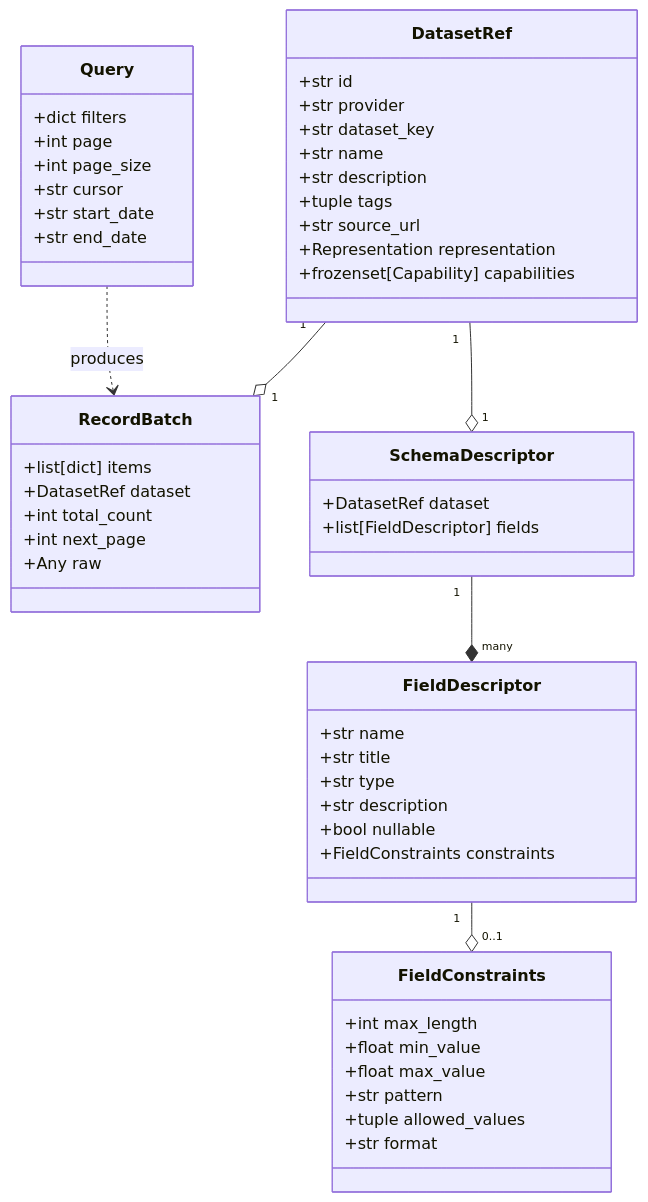
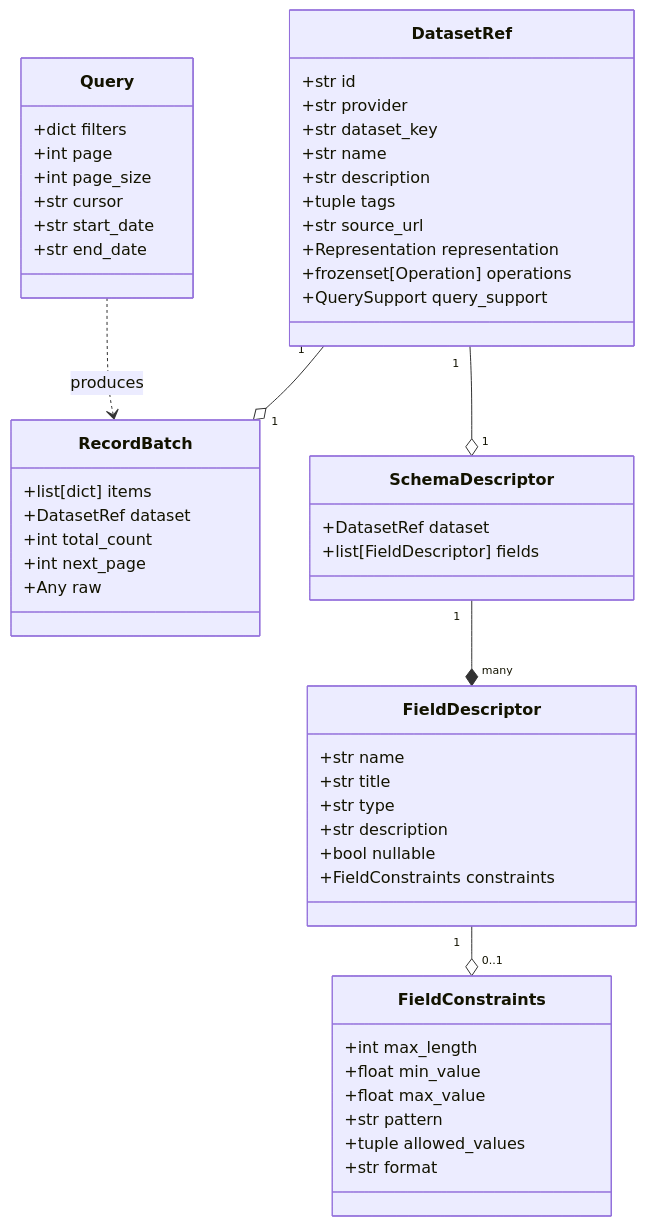
One commit to yeongseon/kpubdata changed the first of 3 diagrams in CANONICAL_MODEL.md. Above: the diagram before and after it, drawn with Mermaid. The commit also changed other lines of this file and 1 other file, not shown here.

````diff
--- a/CANONICAL_MODEL.md
+++ b/CANONICAL_MODEL.md
@@ -19,55 +19,56 @@
 ```mermaid
 classDiagram
     class DatasetRef {
         +str id
         +str provider
         +str dataset_key
         +str name
         +str description
         +tuple tags
         +str source_url
         +Representation representation
-        +frozenset[Capability] capabilities
+        +frozenset[Operation] operations
+        +QuerySupport query_support
     }
     class Query {
         +dict filters
         +int page
         +int page_size
         +str cursor
         +str start_date
         +str end_date
     }
     class RecordBatch {
         +list[dict] items
         +DatasetRef dataset
         +int total_count
         +int next_page
         +Any raw
     }
     class SchemaDescriptor {
         +DatasetRef dataset
         +list[FieldDescriptor] fields
     }
     class FieldDescriptor {
         +str name
         +str title
         +str type
         +str description
         +bool nullable
         +FieldConstraints constraints
     }
     class FieldConstraints {
         +int max_length
         +float min_value
         +float max_value
         +str pattern
         +tuple allowed_values
         +str format
     }
 
     DatasetRef "1" --o "1" RecordBatch
     DatasetRef "1" --o "1" SchemaDescriptor
     SchemaDescriptor "1" --* "many" FieldDescriptor
     FieldDescriptor "1" --o "0..1" FieldConstraints
     Query ..> RecordBatch : produces
 ```
````
